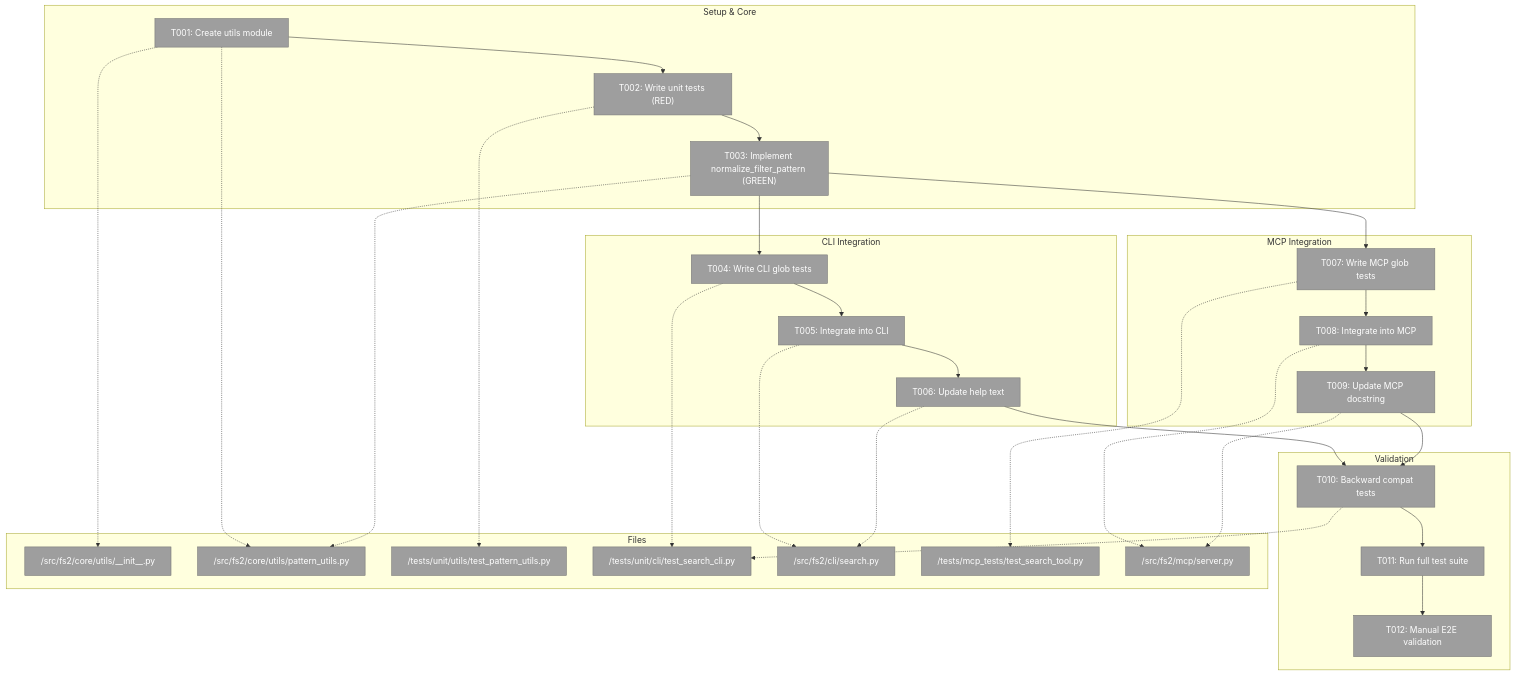
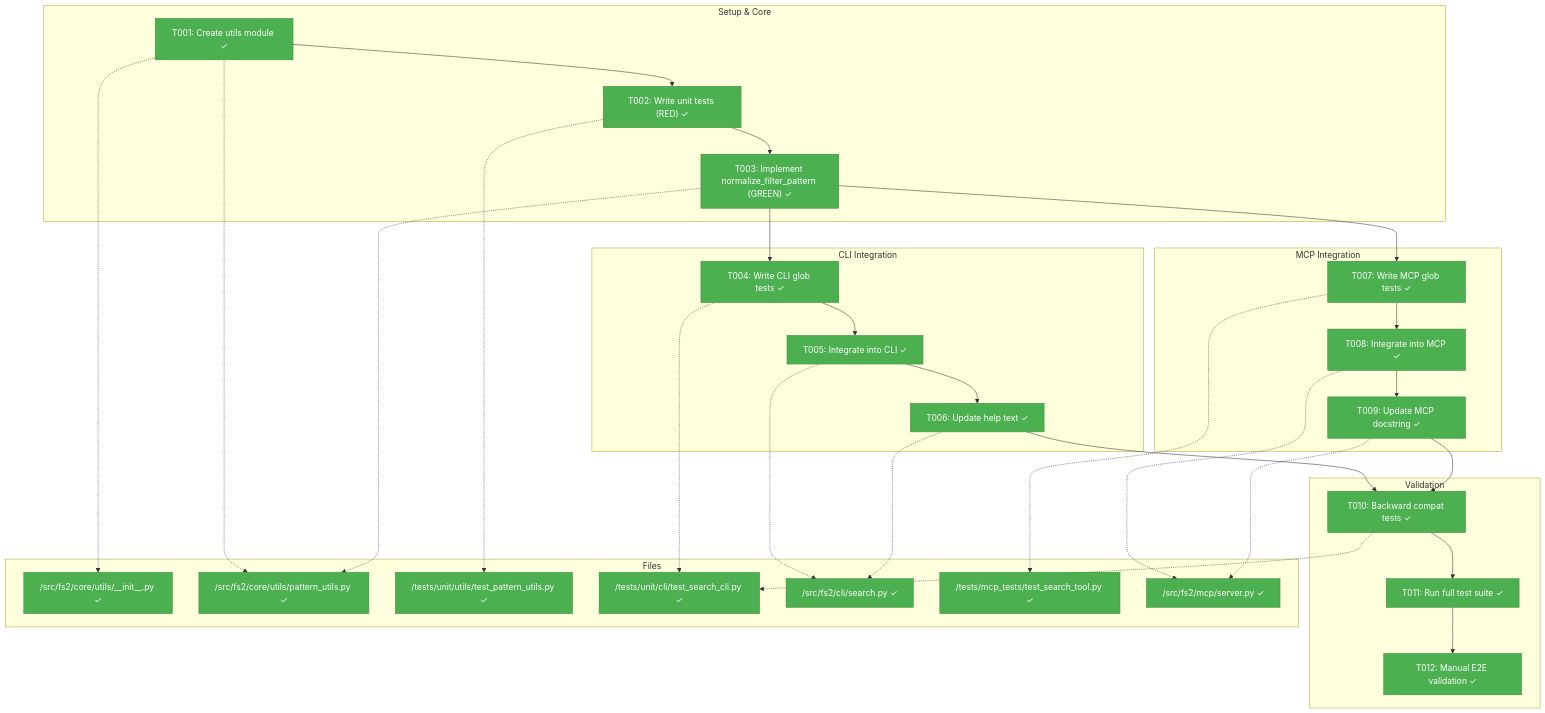
Before and after one commit to AI-Substrate/flow_squared: the first of 3 diagrams in docs/plans/015-search-fix/tasks/phase-1-implementation/tasks.md, drawn with Mermaid. The commit also changed other lines of this file and 17 other files, not shown here.

First line of the commit message:
feat: Implement pattern normalization utilities for glob/regex support

````diff
--- a/docs/plans/015-search-fix/tasks/phase-1-implementation/tasks.md
+++ b/docs/plans/015-search-fix/tasks/phase-1-implementation/tasks.md
@@ -87,63 +87,63 @@
 ```mermaid
 flowchart TD
     classDef pending fill:#9E9E9E,stroke:#757575,color:#fff
     classDef inprogress fill:#FF9800,stroke:#F57C00,color:#fff
     classDef completed fill:#4CAF50,stroke:#388E3C,color:#fff
     classDef blocked fill:#F44336,stroke:#D32F2F,color:#fff
 
     subgraph Setup["Setup & Core"]
-        T001["T001: Create utils module"]:::pending
-        T002["T002: Write unit tests (RED)"]:::pending
-        T003["T003: Implement normalize_filter_pattern (GREEN)"]:::pending
+        T001["T001: Create utils module ✓"]:::completed
+        T002["T002: Write unit tests (RED) ✓"]:::completed
+        T003["T003: Implement normalize_filter_pattern (GREEN) ✓"]:::completed
 
         T001 --> T002 --> T003
     end
 
     subgraph CLI["CLI Integration"]
-        T004["T004: Write CLI glob tests"]:::pending
-        T005["T005: Integrate into CLI"]:::pending
-        T006["T006: Update help text"]:::pending
+        T004["T004: Write CLI glob tests ✓"]:::completed
+        T005["T005: Integrate into CLI ✓"]:::completed
+        T006["T006: Update help text ✓"]:::completed
 
         T003 --> T004 --> T005 --> T006
     end
 
     subgraph MCP["MCP Integration"]
-        T007["T007: Write MCP glob tests"]:::pending
-        T008["T008: Integrate into MCP"]:::pending
-        T009["T009: Update MCP docstring"]:::pending
+        T007["T007: Write MCP glob tests ✓"]:::completed
+        T008["T008: Integrate into MCP ✓"]:::completed
+        T009["T009: Update MCP docstring ✓"]:::completed
 
         T003 --> T007 --> T008 --> T009
     end
 
     subgraph Validation["Validation"]
-        T010["T010: Backward compat tests"]:::pending
-        T011["T011: Run full test suite"]:::pending
-        T012["T012: Manual E2E validation"]:::pending
+        T010["T010: Backward compat tests ✓"]:::completed
+        T011["T011: Run full test suite ✓"]:::completed
+        T012["T012: Manual E2E validation ✓"]:::completed
 
         T006 --> T010
         T009 --> T010
         T010 --> T011 --> T012
     end
 
     subgraph Files["Files"]
-        F1["/src/fs2/core/utils/__init__.py"]:::pending
-        F2["/src/fs2/core/utils/pattern_utils.py"]:::pending
-        F3["/tests/unit/utils/test_pattern_utils.py"]:::pending
-        F4["/tests/unit/cli/test_search_cli.py"]:::pending
-        F5["/src/fs2/cli/search.py"]:::pending
-        F6["/tests/mcp_tests/test_search_tool.py"]:::pending
-        F7["/src/fs2/mcp/server.py"]:::pending
+        F1["/src/fs2/core/utils/__init__.py ✓"]:::completed
+        F2["/src/fs2/core/utils/pattern_utils.py ✓"]:::completed
+        F3["/tests/unit/utils/test_pattern_utils.py ✓"]:::completed
+        F4["/tests/unit/cli/test_search_cli.py ✓"]:::completed
+        F5["/src/fs2/cli/search.py ✓"]:::completed
+        F6["/tests/mcp_tests/test_search_tool.py ✓"]:::completed
+        F7["/src/fs2/mcp/server.py ✓"]:::completed
     end
 
     T001 -.-> F1
     T001 -.-> F2
     T002 -.-> F3
     T003 -.-> F2
     T004 -.-> F4
     T005 -.-> F5
     T006 -.-> F5
     T007 -.-> F6
     T008 -.-> F7
     T009 -.-> F7
     T010 -.-> F4
 ```
````
